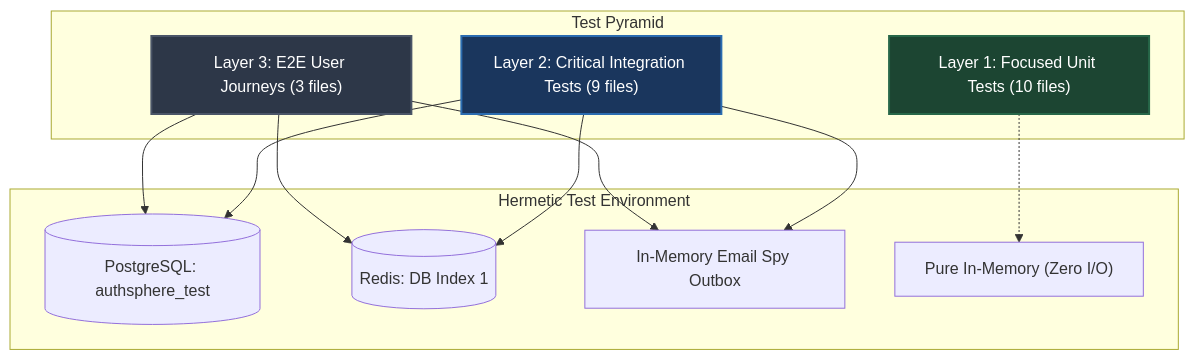
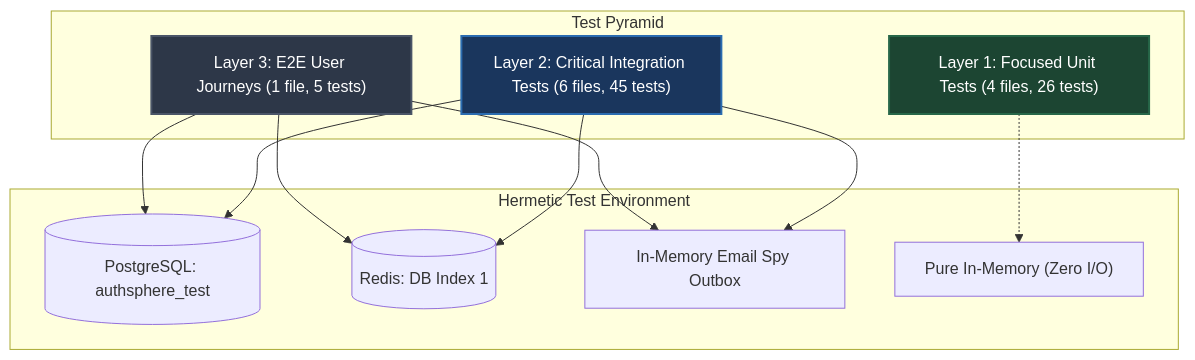
The first of 2 diagrams in docs/TESTING.md (utkarshj014/authsphere), drawn with Mermaid before and after one commit. The commit also changed other lines of this file and 32 other files, not shown here.

````diff
--- a/docs/TESTING.md
+++ b/docs/TESTING.md
@@ -54,27 +55,27 @@
 ```mermaid
 graph TD
     subgraph TP ["Test Pyramid"]
-        E2E["Layer 3: E2E User Journeys (3 files)"]
-        INT["Layer 2: Critical Integration Tests (9 files)"]
-        UNIT["Layer 1: Focused Unit Tests (10 files)"]
+        E2E["Layer 3: E2E User Journeys (1 file, 5 tests)"]
+        INT["Layer 2: Critical Integration Tests (6 files, 45 tests)"]
+        UNIT["Layer 1: Focused Unit Tests (4 files, 26 tests)"]
     end
 
     subgraph HTE ["Hermetic Test Environment"]
         TestDB[("PostgreSQL: authsphere_test")]
         TestRedis[("Redis: DB Index 1")]
         EmailSpy["In-Memory Email Spy Outbox"]
         PureMemory["Pure In-Memory (Zero I/O)"]
 
         E2E --> TestDB
         INT --> TestDB
         E2E --> TestRedis
         INT --> TestRedis
         E2E --> EmailSpy
         INT --> EmailSpy
         UNIT -.-> PureMemory
     end
 
     style E2E fill:#2d3748,stroke:#4a5568,stroke-width:2px,color:#fff
     style INT fill:#1a365d,stroke:#2b6cb0,stroke-width:2px,color:#fff
     style UNIT fill:#1c4532,stroke:#276749,stroke-width:2px,color:#fff
 ```
````
